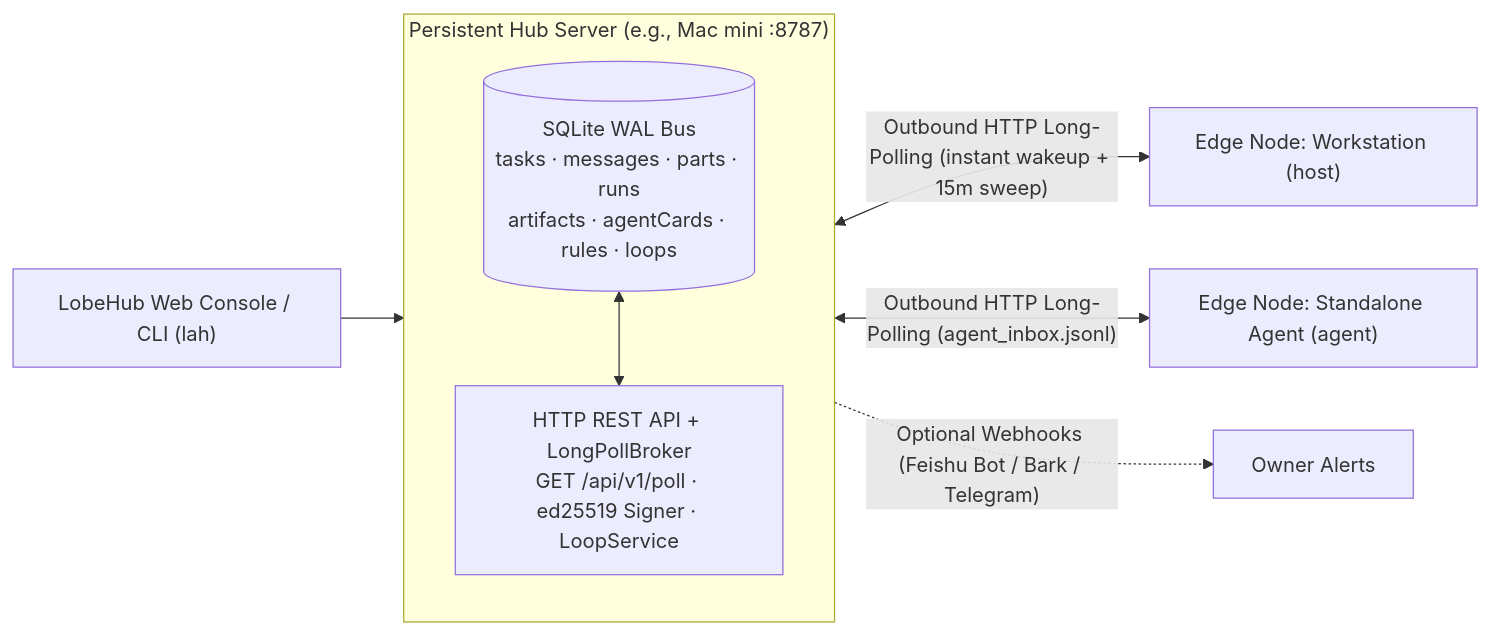
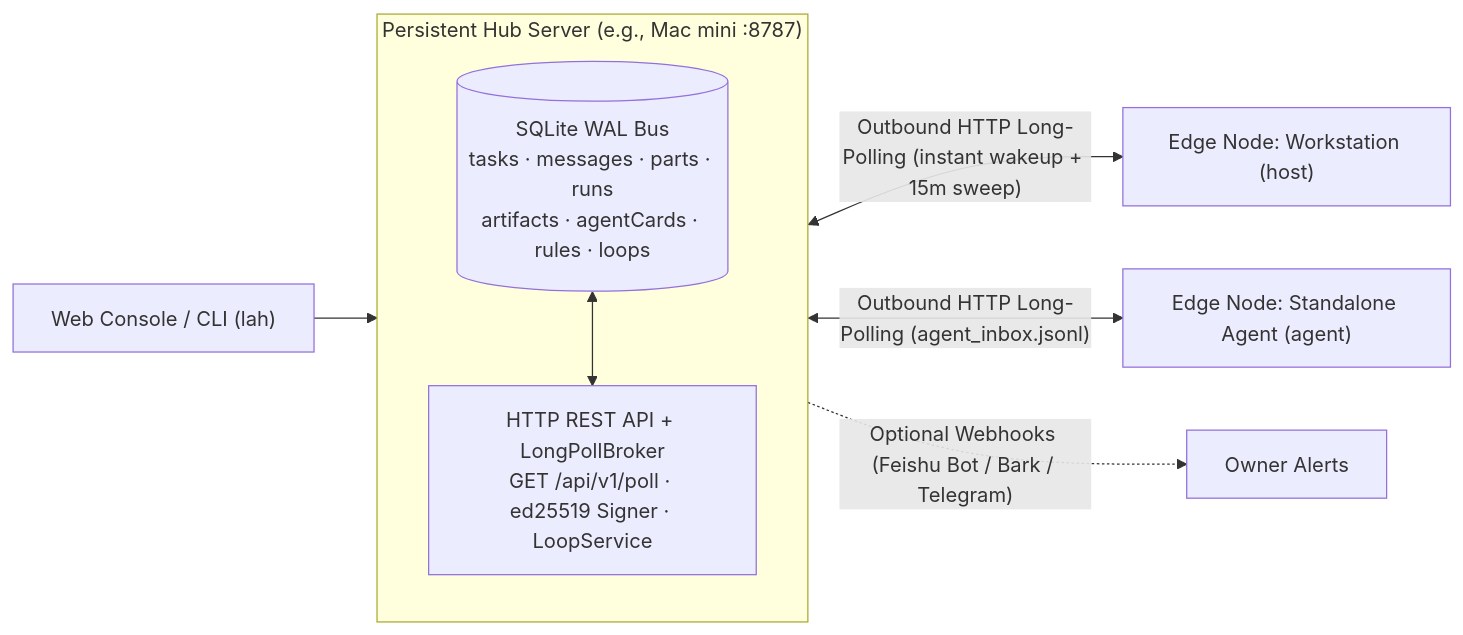
Before and after one commit to backtomyfuture/a2a-hub: the diagram in README.en.md, drawn with Mermaid. The commit also changed other lines of this file and 13 other files, not shown here.

Commit message:
chore: rename project from lobe-a2a-hub to a2a-hub

````diff
--- a/README.en.md
+++ b/README.en.md
@@ -31,13 +31,13 @@
 ```mermaid
 flowchart LR
-    WEB["LobeHub Web Console / CLI (lah)"] --> HUB
+    WEB["Web Console / CLI (lah)"] --> HUB
     subgraph HUB["Persistent Hub Server (e.g., Mac mini :8787)"]
         direction TB
         SQL[("SQLite WAL Bus\ntasks · messages · parts · runs\nartifacts · agentCards · rules · loops")]
         API["HTTP REST API + LongPollBroker\nGET /api/v1/poll · ed25519 Signer · LoopService"]
         SQL <--> API
     end
     HUB <-->|"Outbound HTTP Long-Polling (instant wakeup + 15m sweep)"| N1["Edge Node: Workstation (host)"]
     HUB <-->|"Outbound HTTP Long-Polling (agent_inbox.jsonl)"| N2["Edge Node: Standalone Agent (agent)"]
     HUB -.->|"Optional Webhooks (Feishu Bot / Bark / Telegram)"| OWNER["Owner Alerts"]
 ```
````
